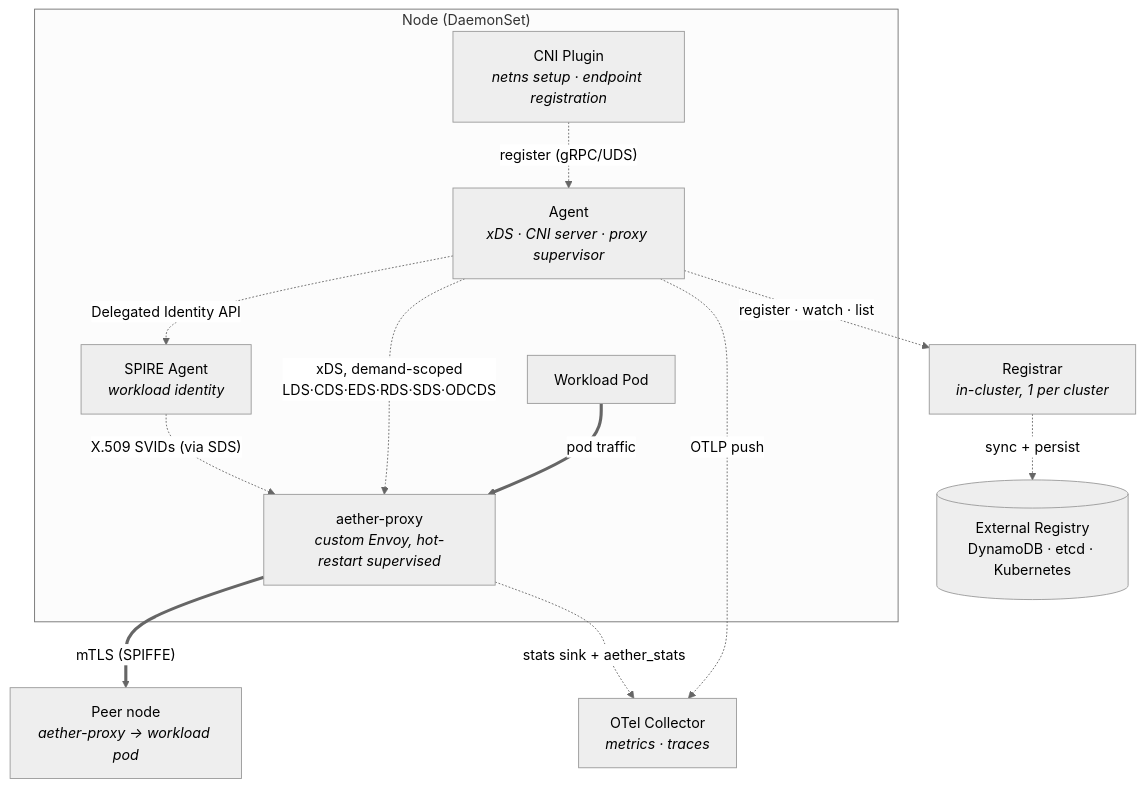
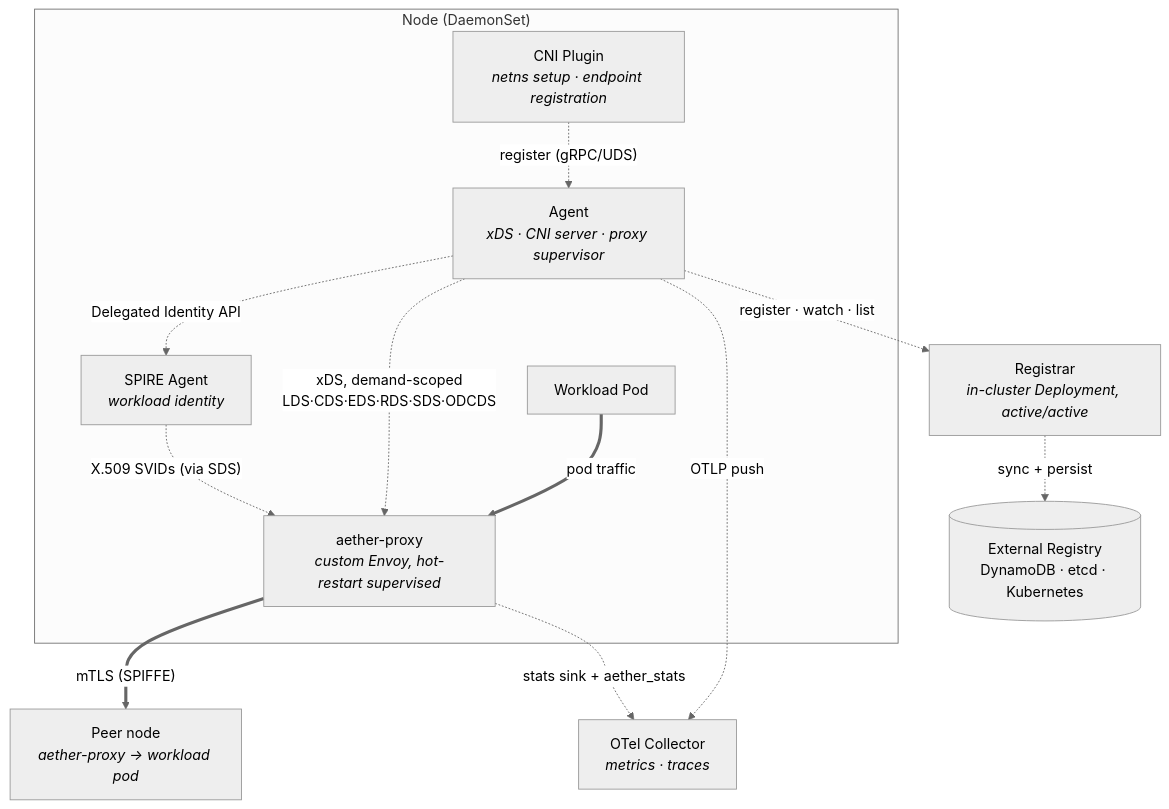
The diagram in README.md (bpalermo/aether), drawn with Mermaid (neutral theme) before and after one commit. The commit also changed other lines of this file, not shown here.

Commit message:
docs: describe registrar as active/active in README
The diagram and prose claimed the registrar is "1 per cluster". Correct this to
active/active: every replica serves gRPC and syncs, with peers converging through
the external registry. Avoid pinning a replica count, since the count is not
restricted by design.

````diff
--- a/README.md
+++ b/README.md
@@ -9,29 +9,29 @@
 ```mermaid
 graph TD
     subgraph node["Node (DaemonSet)"]
         Pod["Workload Pod"]
         CNI["CNI Plugin<br/><i>netns setup · endpoint registration</i>"]
         Agent["Agent<br/><i>xDS · CNI server · proxy supervisor</i>"]
         Proxy["aether-proxy<br/><i>custom Envoy, hot-restart supervised</i>"]
         SPIRE["SPIRE Agent<br/><i>workload identity</i>"]
 
         Pod == "pod traffic" ==> Proxy
         CNI -. "register (gRPC/UDS)" .-> Agent
         Agent -. "xDS, demand-scoped<br/>LDS·CDS·EDS·RDS·SDS·ODCDS" .-> Proxy
         Agent -. "Delegated Identity API" .-> SPIRE
         SPIRE -. "X.509 SVIDs (via SDS)" .-> Proxy
     end
 
     Peer["Peer node<br/><i>aether-proxy → workload pod</i>"]
     Proxy == "mTLS (SPIFFE)" ==> Peer
 
-    Registrar["Registrar<br/><i>in-cluster, 1 per cluster</i>"]
+    Registrar["Registrar<br/><i>in-cluster Deployment, active/active</i>"]
     Agent -. "register · watch · list" .-> Registrar
 
     Registry[("External Registry<br/>DynamoDB · etcd · Kubernetes")]
     Registrar -. "sync + persist" .-> Registry
 
     OTel["OTel Collector<br/><i>metrics · traces</i>"]
     Agent -. "OTLP push" .-> OTel
     Proxy -. "stats sink + aether_stats" .-> OTel
 ```
````
